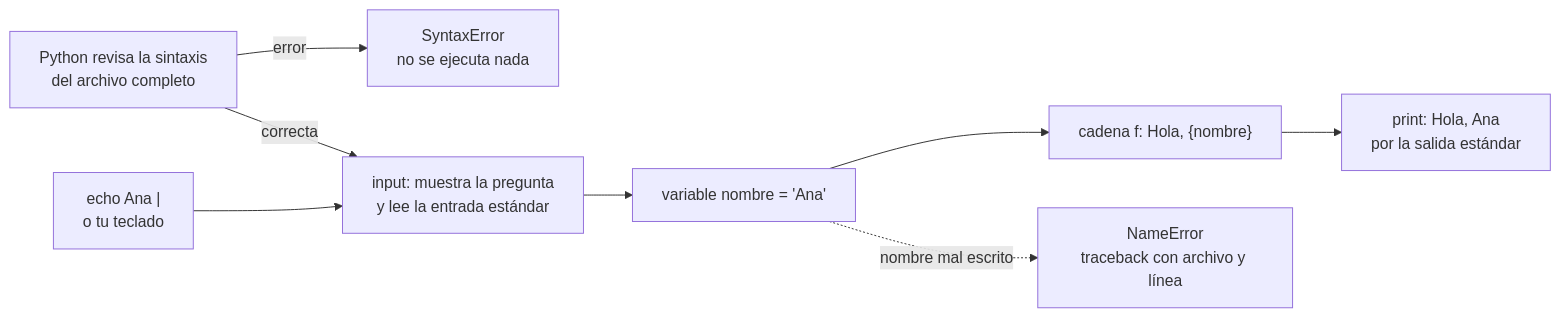
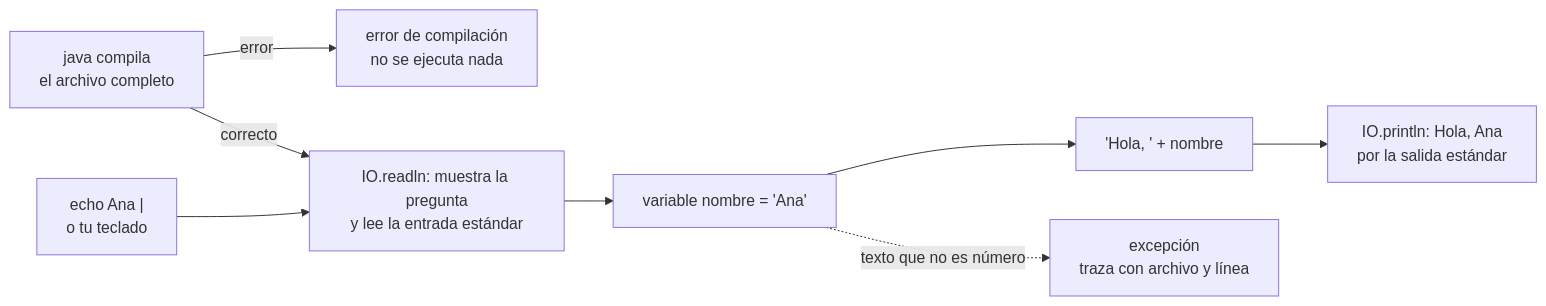
The sixth of 7 diagrams in web/public/content/foundations/modulo-0.md (NICORUIZ93/The_Imperial_Book), drawn with Mermaid before and after one commit. The commit also changed other lines of this file and 4 other files, not shown here.

````diff
--- a/web/public/content/foundations/modulo-0.md
+++ b/web/public/content/foundations/modulo-0.md
@@ -1214,10 +1249,10 @@
 ```mermaid
 flowchart LR
-    R["Python revisa la sintaxis<br/>del archivo completo"] -->|"error"| SE["SyntaxError<br/>no se ejecuta nada"]
-    R -->|"correcta"| I["input: muestra la pregunta<br/>y lee la entrada estándar"]
+    R["java compila<br/>el archivo completo"] -->|"error"| SE["error de compilación<br/>no se ejecuta nada"]
+    R -->|"correcto"| I["IO.readln: muestra la pregunta<br/>y lee la entrada estándar"]
     T["echo Ana |<br/>o tu teclado"] --> I
     I --> V["variable nombre = 'Ana'"]
-    V --> F["cadena f: Hola, {nombre}"]
-    F --> S["print: Hola, Ana<br/>por la salida estándar"]
-    V -.->|"nombre mal escrito"| NE["NameError<br/>traceback con archivo y línea"]
+    V --> F["'Hola, ' + nombre"]
+    F --> S["IO.println: Hola, Ana<br/>por la salida estándar"]
+    V -.->|"texto que no es número"| NE["excepción<br/>traza con archivo y línea"]
 ```
````
